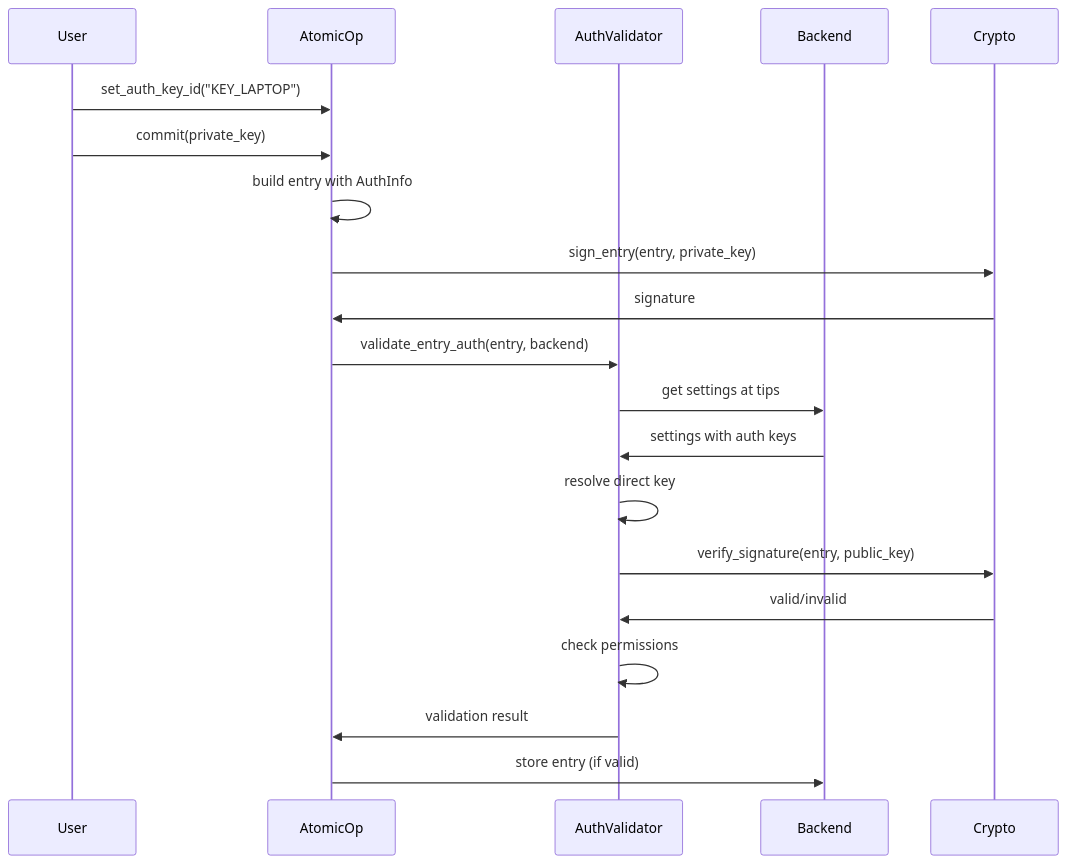
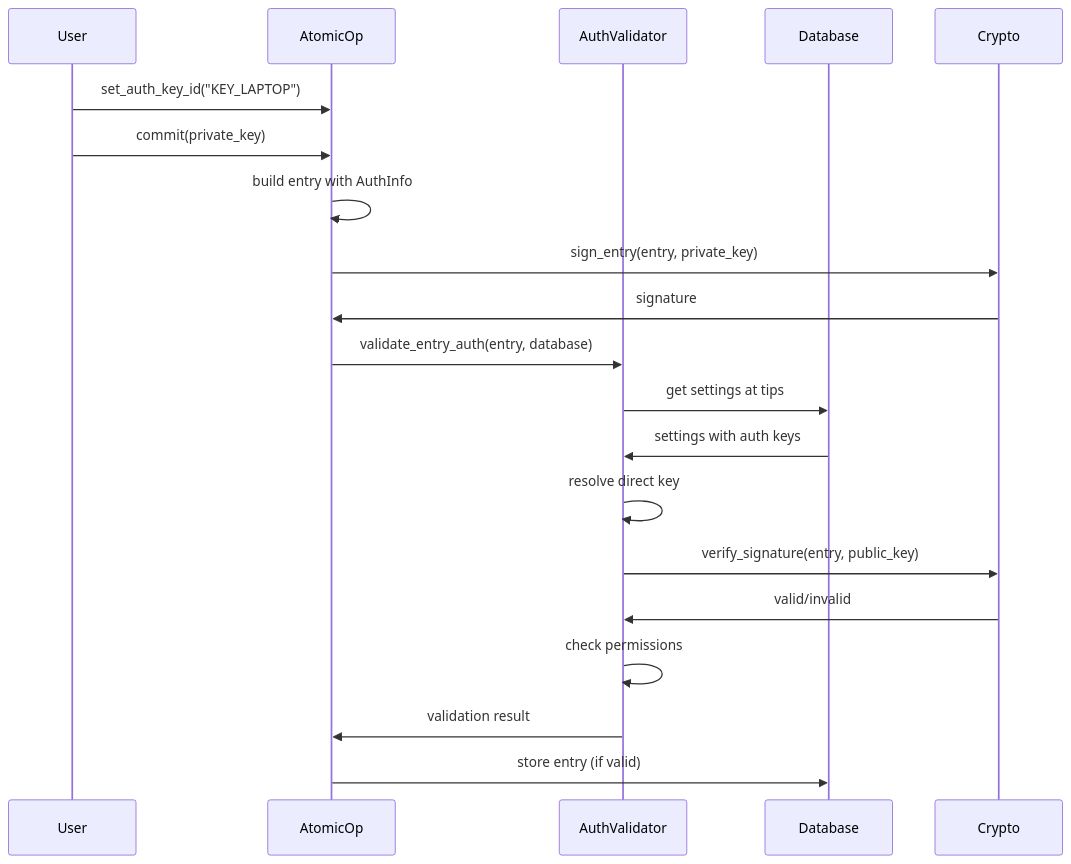
Before and after one commit to arcuru/eidetica: the second of 2 diagrams in docs/src/internal/core_components/authentication.md, drawn with Mermaid. The commit also changed other lines of this file and 18 other files, not shown here.

````diff
--- a/docs/src/internal/core_components/authentication.md
+++ b/docs/src/internal/core_components/authentication.md
@@ -89,23 +89,23 @@
 ```mermaid
 sequenceDiagram
     participant User
     participant AtomicOp
     participant AuthValidator
-    participant Backend
+    participant Database
     participant Crypto
 
     User->>AtomicOp: set_auth_key_id("KEY_LAPTOP")
     User->>AtomicOp: commit(private_key)
     AtomicOp->>AtomicOp: build entry with AuthInfo
     AtomicOp->>Crypto: sign_entry(entry, private_key)
     Crypto->>AtomicOp: signature
-    AtomicOp->>AuthValidator: validate_entry_auth(entry, backend)
-    AuthValidator->>Backend: get settings at tips
-    Backend->>AuthValidator: settings with auth keys
+    AtomicOp->>AuthValidator: validate_entry_auth(entry, database)
+    AuthValidator->>Database: get settings at tips
+    Database->>AuthValidator: settings with auth keys
     AuthValidator->>AuthValidator: resolve direct key
     AuthValidator->>Crypto: verify_signature(entry, public_key)
     Crypto->>AuthValidator: valid/invalid
     AuthValidator->>AuthValidator: check permissions
     AuthValidator->>AtomicOp: validation result
-    AtomicOp->>Backend: store entry (if valid)
+    AtomicOp->>Database: store entry (if valid)
 ```
````
